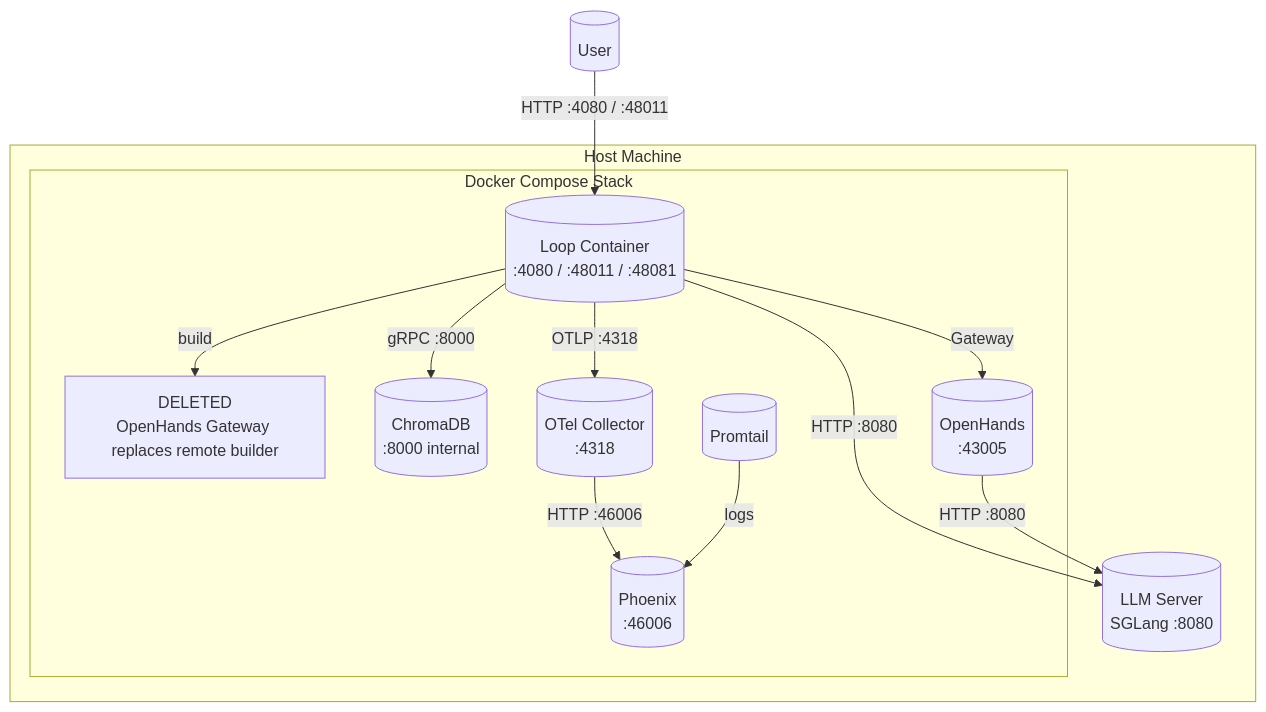
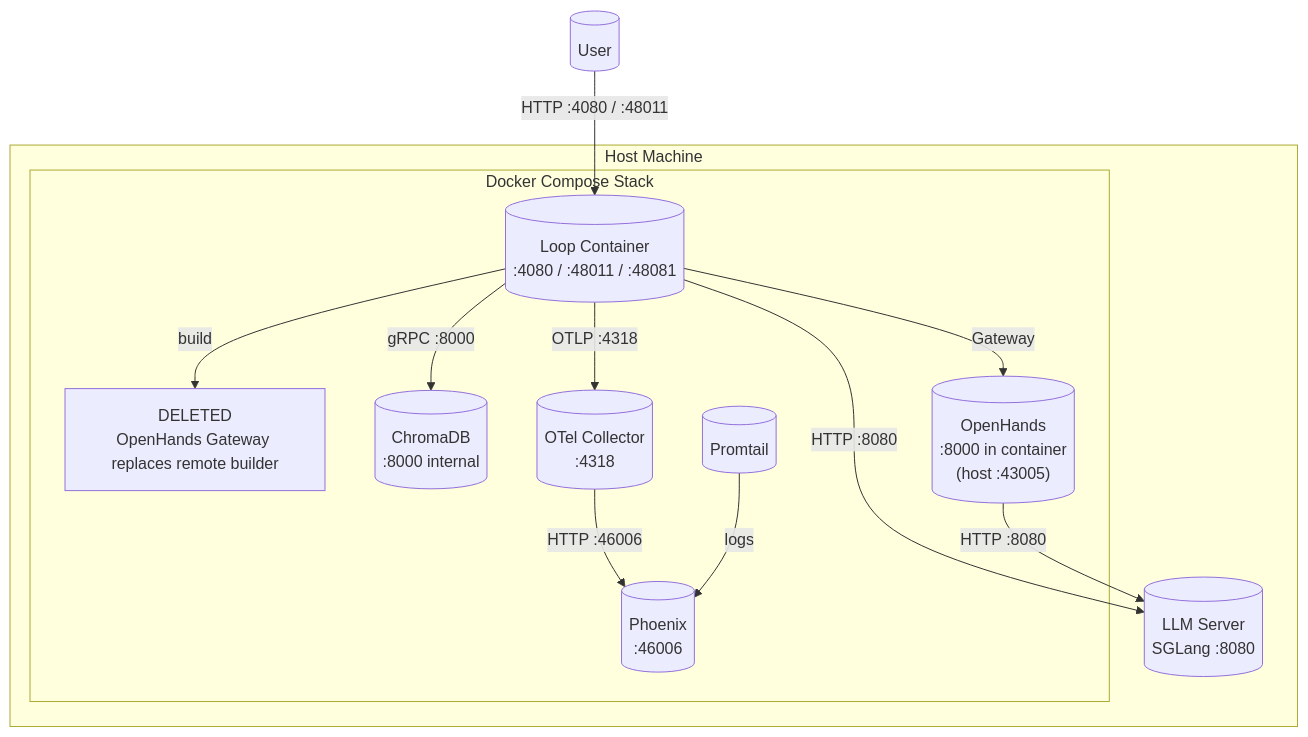
The fourth of 4 diagrams in README.md (terrygzhou/loop_engineering_factory), drawn with Mermaid before and after one commit. The commit also changed other lines of this file, not shown here.

````diff
--- a/README.md
+++ b/README.md
@@ -168,28 +168,28 @@
 ```mermaid
 graph TB
     U[("User")]
 
     subgraph Host["Host Machine"]
         LLM_C[("LLM Server<br/>SGLang :8080")]
 
         subgraph DockerStack["Docker Compose Stack"]
             LC[("Loop Container<br/>:4080 / :48011 / :48081")]
             BLD["DELETED<br/>OpenHands Gateway replaces remote builder"]
             CC[("ChromaDB<br/>:8000 internal")]
             OC[("OTel Collector<br/>:4318")]
             PH[("Phoenix<br/>:46006")]
-            OH[("OpenHands<br/>:43005")]
+            OH[("OpenHands<br/>:8000 in container<br/>(host :43005)")]
             PT[("Promtail")]
         end
     end
 
     U -->|"HTTP :4080 / :48011"| LC
     LC -->|"gRPC :8000"| CC
     LC -->|"OTLP :4318"| OC
     LC -->|"HTTP :8080"| LLM_C
     LC -->|"Gateway"| OH
     LC -->|"build"| BLD
     OH -->|"HTTP :8080"| LLM_C
     OC -->|"HTTP :46006"| PH
     PT -->|"logs"| PH
 ```
````
